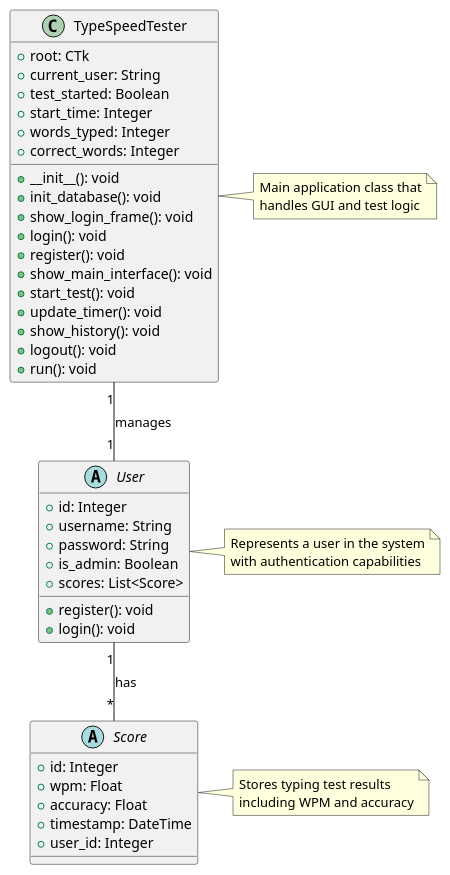
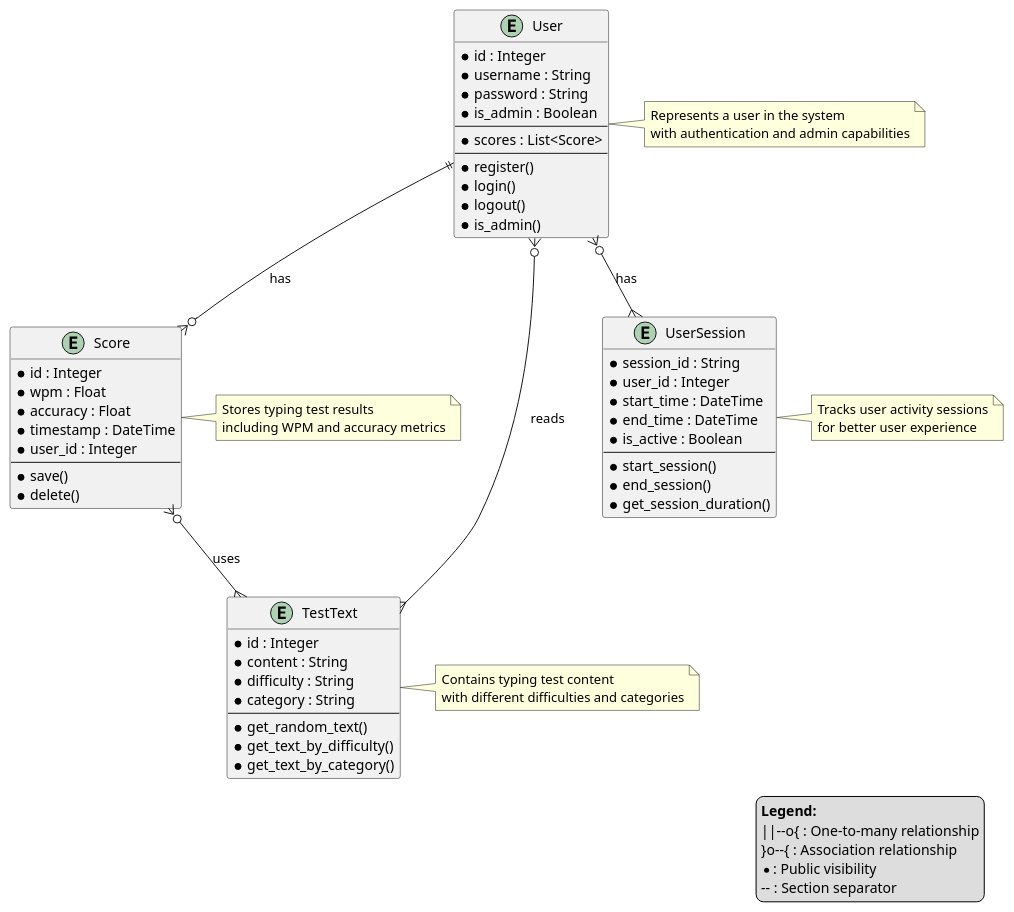
The diagram in uml_diagram.puml (BiggaWaeppon/WRITESPEEDI), drawn with PlantUML before and after one commit.

```diff
--- a/uml_diagram.puml
+++ b/uml_diagram.puml
@@ -1,64 +1,90 @@
 @startuml
 
-' Database Models
-abstract class User {
-    +id: Integer
-    +username: String
-    +password: String
-    +is_admin: Boolean
-    +scores: List<Score>
-    +register(): void
-    +login(): void
+' Enhanced UML diagram with detailed structure
+
+' Core Entities
+entity User {
+    * id : Integer
+    * username : String
+    * password : String
+    * is_admin : Boolean
+    --
+    * scores : List<Score>
+    --
+    * register()
+    * login()
+    * logout()
+    * is_admin()
 }
 
-abstract class Score {
-    +id: Integer
-    +wpm: Float
-    +accuracy: Float
-    +timestamp: DateTime
-    +user_id: Integer
+entity Score {
+    * id : Integer
+    * wpm : Float
+    * accuracy : Float
+    * timestamp : DateTime
+    * user_id : Integer
+    --
+    * save()
+    * delete()
 }
 
-' Application Classes
-class TypeSpeedTester {
-    +root: CTk
-    +current_user: String
-    +test_started: Boolean
-    +start_time: Integer
-    +words_typed: Integer
-    +correct_words: Integer
-    
-    +__init__(): void
-    +init_database(): void
-    +show_login_frame(): void
-    +login(): void
-    +register(): void
-    +show_main_interface(): void
-    +start_test(): void
-    +update_timer(): void
-    +show_history(): void
-    +logout(): void
-    +run(): void
+entity TestText {
+    * id : Integer
+    * content : String
+    * difficulty : String
+    * category : String
+    --
+    * get_random_text()
+    * get_text_by_difficulty()
+    * get_text_by_category()
+}
+
+entity UserSession {
+    * session_id : String
+    * user_id : Integer
+    * start_time : DateTime
+    * end_time : DateTime
+    * is_active : Boolean
+    --
+    * start_session()
+    * end_session()
+    * get_session_duration()
 }
 
 ' Relationships
-User "1" -- "*" Score : has
-TypeSpeedTester "1" -- "1" User : manages
+User ||--o{ Score : has
+User }o--{ UserSession : has
+Score }o--{ TestText : uses
+User }o--{ TestText : reads
 
 ' Notes
 note right of User
     Represents a user in the system
-    with authentication capabilities
+    with authentication and admin capabilities
 end note
 
 note right of Score
     Stores typing test results
-    including WPM and accuracy
+    including WPM and accuracy metrics
 end note
 
-note right of TypeSpeedTester
-    Main application class that
-    handles GUI and test logic
+note right of TestText
+    Contains typing test content
+    with different difficulties and categories
 end note
 
+note right of UserSession
+    Tracks user activity sessions
+    for better user experience
+end note
+
+' Legend
+legend right
+    <b>Legend:</b>
+    ||--o{ : One-to-many relationship
+    }o--{ : Association relationship
+    * : Public visibility
+    -- : Section separator
+endlegend
+
 @enduml
```
